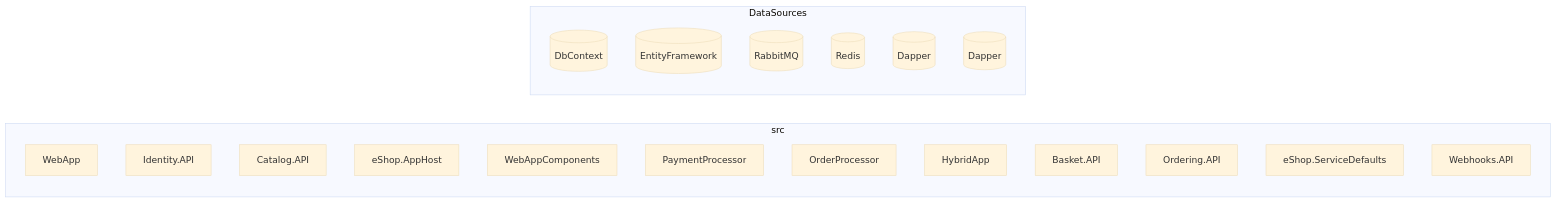
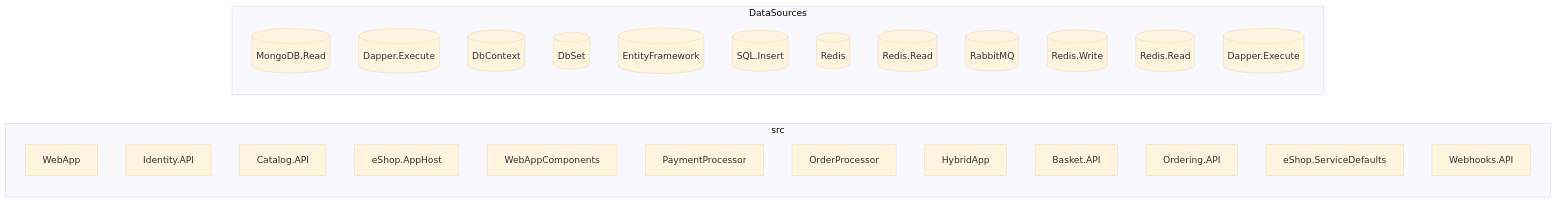
The third of 4 diagrams in output-eshop/docs/index.md (GanizaniSitara/tools-static-analysis), drawn with Mermaid (base theme) before and after one commit. The commit also changed other lines of this file and 143 other files, not shown here.

````diff
--- a/output-eshop/docs/index.md
+++ b/output-eshop/docs/index.md
@@ -144,25 +144,31 @@
 ```mermaid
 graph LR
     subgraph src["src"]
         src_WebApp["WebApp"]
         src_Identity_API["Identity.API"]
         src_Catalog_API["Catalog.API"]
         src_eShop_AppHost["eShop.AppHost"]
         src_WebAppComponents["WebAppComponents"]
         src_PaymentProcessor["PaymentProcessor"]
         src_OrderProcessor["OrderProcessor"]
         src_HybridApp["HybridApp"]
         src_Basket_API["Basket.API"]
         src_Ordering_API["Ordering.API"]
         src_eShop_ServiceDefaults["eShop.ServiceDefaults"]
         src_Webhooks_API["Webhooks.API"]
     end
     subgraph DataSources
+        datasource_src_MongoDB_Read[("MongoDB.Read")]
+        datasource_src_Dapper_Execute[("Dapper.Execute")]
         datasource_src_DbContext[("DbContext")]
+        datasource_src_DbSet[("DbSet")]
         datasource_src_EntityFramework[("EntityFramework")]
+        datasource_src_SQL_Insert[("SQL.Insert")]
+        datasource_src_Redis[("Redis")]
+        datasource_src_Redis_Read[("Redis.Read")]
         datasource_src_RabbitMQ[("RabbitMQ")]
-        datasource_src_Redis[("Redis")]
-        datasource_src_Dapper[("Dapper")]
-        datasource_tests_Dapper[("Dapper")]
+        datasource_src_Redis_Write[("Redis.Write")]
+        datasource_tests_Redis_Read[("Redis.Read")]
+        datasource_tests_Dapper_Execute[("Dapper.Execute")]
     end
 ```
````
